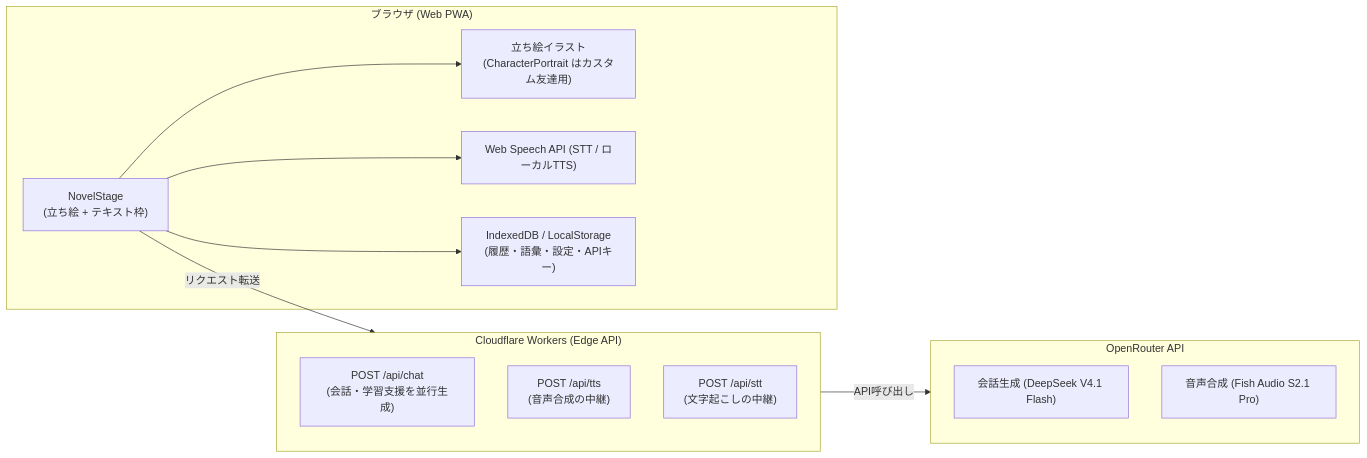
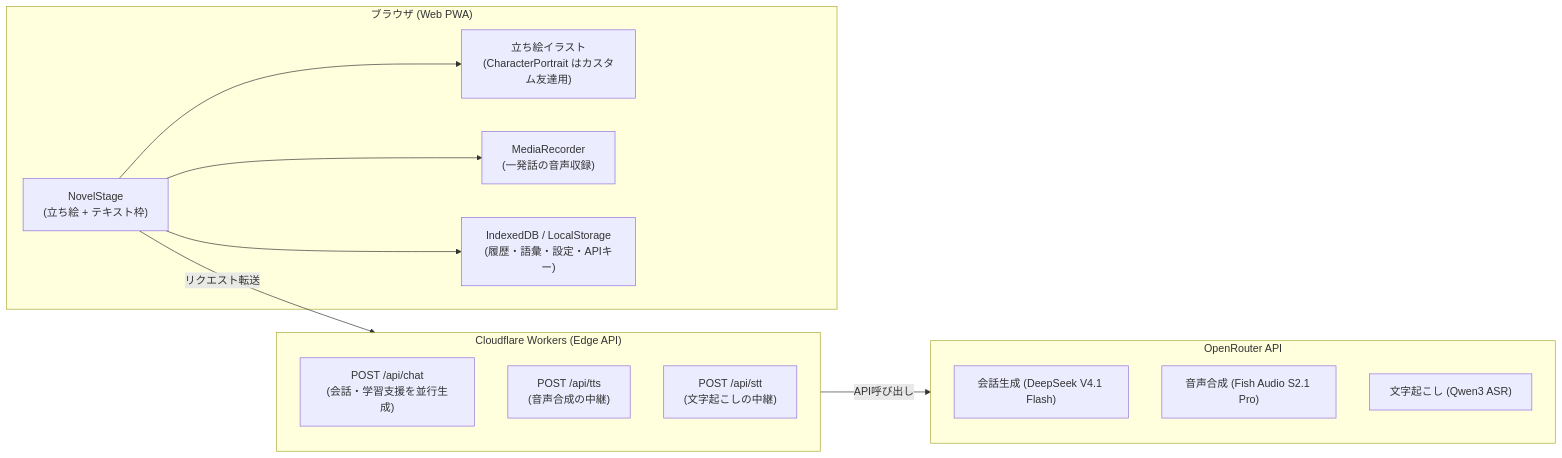
Before and after one commit to Satoshi-Hiramatsu/try-chinese: the diagram in README.md, drawn with Mermaid. The commit also changed other lines of this file and 6 other files, not shown here.

````diff
--- a/README.md
+++ b/README.md
@@ -267,26 +267,27 @@
 ```mermaid
 flowchart LR
     subgraph Client["ブラウザ (Web PWA)"]
         Stage["NovelStage<br>(立ち絵 + テキスト枠)"]
         Portrait["立ち絵イラスト<br>(CharacterPortrait はカスタム友達用)"]
-        Speech["Web Speech API (STT / ローカルTTS)"]
+        Speech["MediaRecorder<br>(一発話の音声収録)"]
         Storage["IndexedDB / LocalStorage<br>(履歴・語彙・設定・APIキー)"]
     end
 
     subgraph Server["Cloudflare Workers (Edge API)"]
         ChatRoute["POST /api/chat<br>(会話・学習支援を並行生成)"]
         TtsRoute["POST /api/tts<br>(音声合成の中継)"]
         SttRoute["POST /api/stt<br>(文字起こしの中継)"]
     end
 
     subgraph AI["OpenRouter API"]
         LLM["会話生成 (DeepSeek V4.1 Flash)"]
         TTS["音声合成 (Fish Audio S2.1 Pro)"]
+        STT["文字起こし (Qwen3 ASR)"]
     end
 
     Stage --> Portrait
     Stage --> Storage
     Stage --> Speech
     Stage -->|リクエスト転送| Server
     Server -->|API呼び出し| AI
 ```
````
